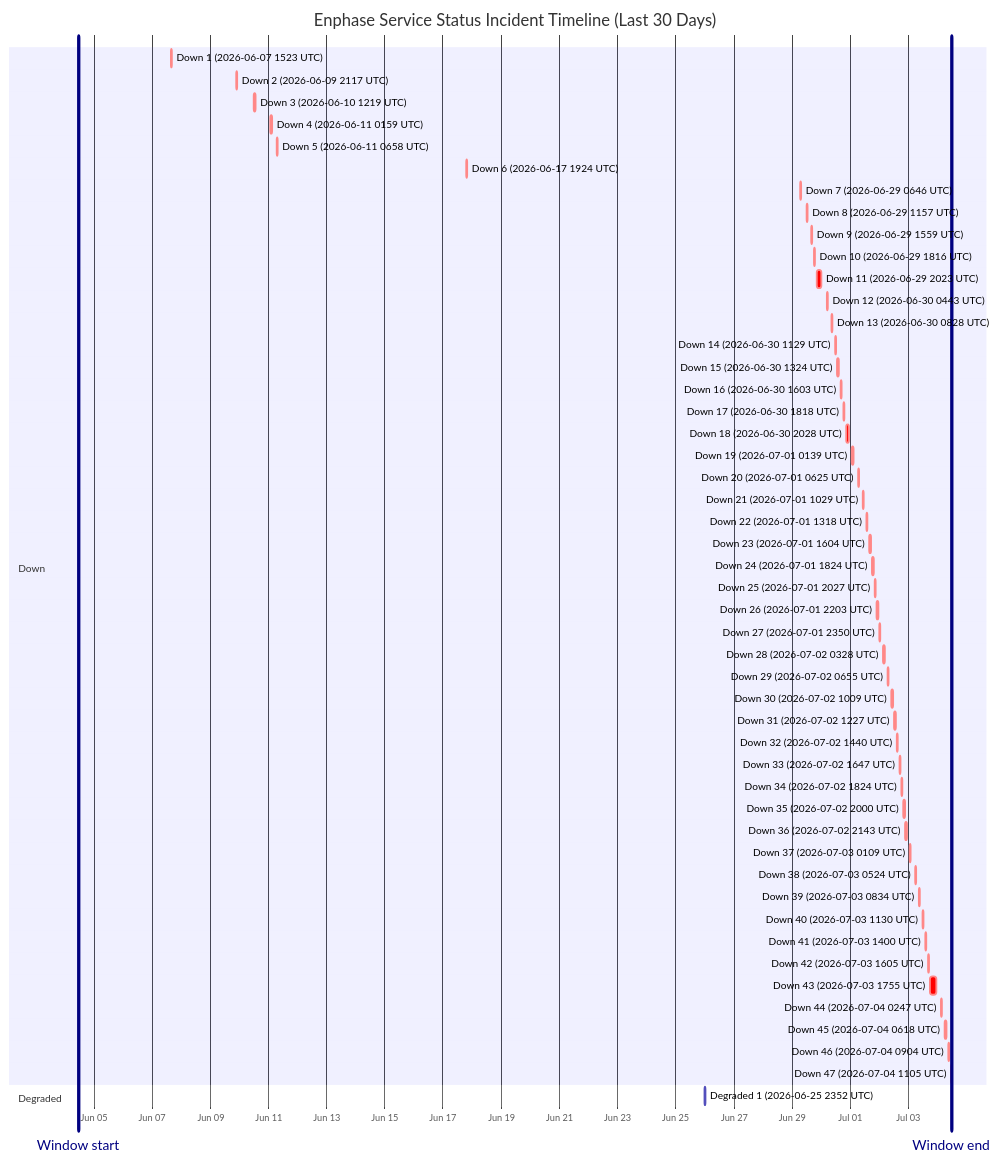
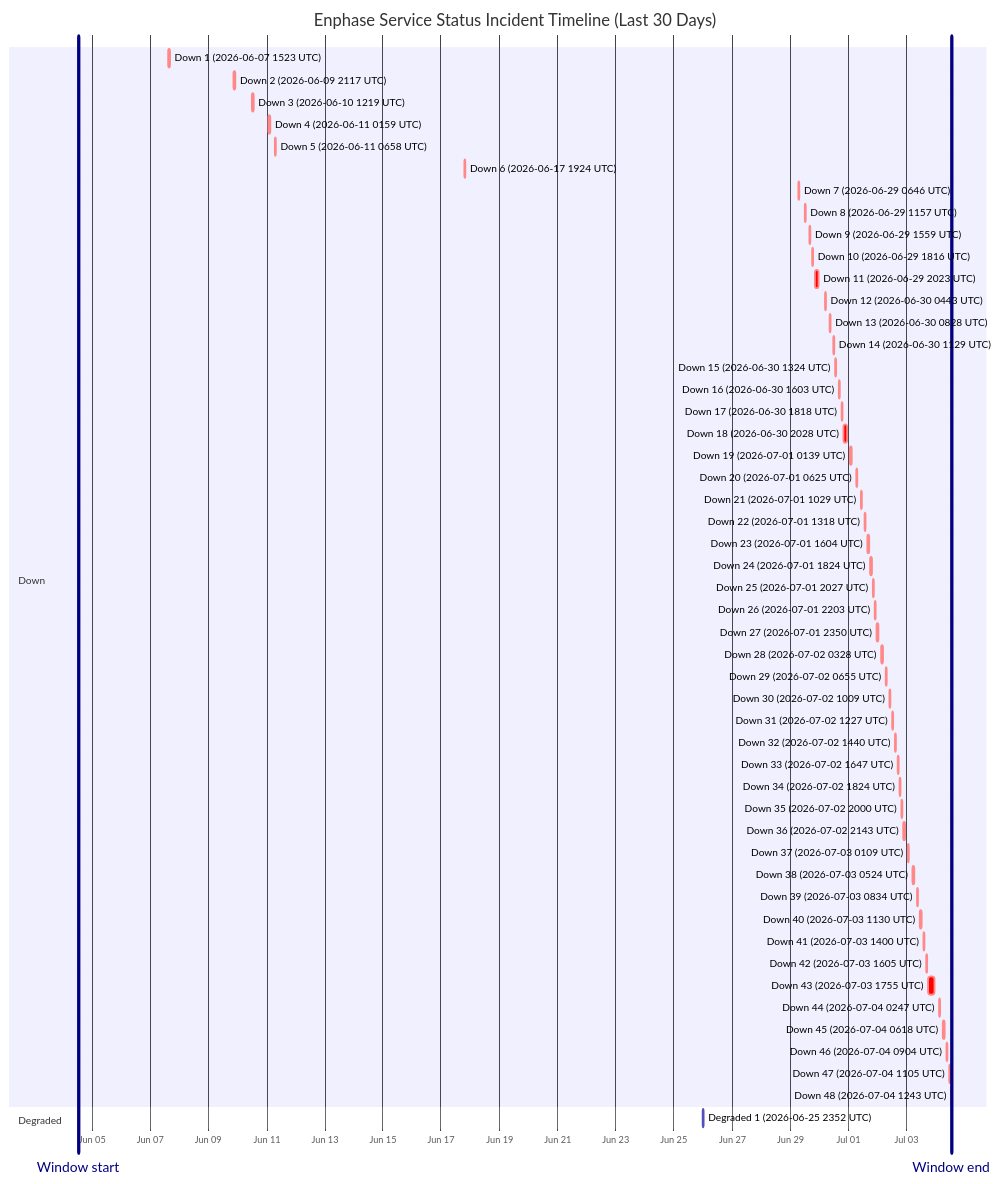
One commit to barneyonline/ha-enphase-energy changed the diagram in wiki/Service-Status-History.md. Above: the diagram before and after it, drawn with Mermaid. The commit also changed other lines of this file and 3 other files, not shown here.

````diff
--- a/wiki/Service-Status-History.md
+++ b/wiki/Service-Status-History.md
@@ -14,58 +14,59 @@
 ```mermaid
 gantt
     title Enphase Service Status Incident Timeline (Last 30 Days)
     dateFormat  YYYY-MM-DDTHH:mm:ss
     axisFormat  %b %d
-    Window start :vert, window-start, 2026-06-04T11:05:21, 0ms
-    Window end :vert, window-end, 2026-07-04T11:05:21, 0ms
+    Window start :vert, window-start, 2026-06-04T12:43:25, 0ms
+    Window end :vert, window-end, 2026-07-04T12:43:25, 0ms
     section Down
     Down 1 (2026-06-07 1523 UTC) :crit, down-1, 2026-06-07T15:23:22, 87m
     Down 2 (2026-06-09 2117 UTC) :crit, down-2, 2026-06-09T21:17:17, 60m
     Down 3 (2026-06-10 1219 UTC) :crit, down-3, 2026-06-10T12:19:21, 60m
     Down 4 (2026-06-11 0159 UTC) :crit, down-4, 2026-06-11T01:59:36, 60m
     Down 5 (2026-06-11 0658 UTC) :crit, down-5, 2026-06-11T06:58:45, 60m
     Down 6 (2026-06-17 1924 UTC) :crit, down-6, 2026-06-17T19:24:51, 60m
     Down 7 (2026-06-29 0646 UTC) :crit, down-7, 2026-06-29T06:46:18, 60m
     Down 8 (2026-06-29 1157 UTC) :crit, down-8, 2026-06-29T11:57:36, 60m
     Down 9 (2026-06-29 1559 UTC) :crit, down-9, 2026-06-29T15:59:02, 60m
     Down 10 (2026-06-29 1816 UTC) :crit, down-10, 2026-06-29T18:16:38, 60m
     Down 11 (2026-06-29 2023 UTC) :crit, down-11, 2026-06-29T20:23:16, 220m
     Down 12 (2026-06-30 0443 UTC) :crit, down-12, 2026-06-30T04:43:54, 60m
     Down 13 (2026-06-30 0828 UTC) :crit, down-13, 2026-06-30T08:28:43, 60m
     Down 14 (2026-06-30 1129 UTC) :crit, down-14, 2026-06-30T11:29:15, 60m
     Down 15 (2026-06-30 1324 UTC) :crit, down-15, 2026-06-30T13:24:25, 60m
     Down 16 (2026-06-30 1603 UTC) :crit, down-16, 2026-06-30T16:03:26, 60m
     Down 17 (2026-06-30 1818 UTC) :crit, down-17, 2026-06-30T18:18:39, 60m
     Down 18 (2026-06-30 2028 UTC) :crit, down-18, 2026-06-30T20:28:54, 171m
     Down 19 (2026-07-01 0139 UTC) :crit, down-19, 2026-07-01T01:39:18, 60m
     Down 20 (2026-07-01 0625 UTC) :crit, down-20, 2026-07-01T06:25:35, 60m
     Down 21 (2026-07-01 1029 UTC) :crit, down-21, 2026-07-01T10:29:24, 60m
     Down 22 (2026-07-01 1318 UTC) :crit, down-22, 2026-07-01T13:18:31, 60m
     Down 23 (2026-07-01 1604 UTC) :crit, down-23, 2026-07-01T16:04:29, 60m
     Down 24 (2026-07-01 1824 UTC) :crit, down-24, 2026-07-01T18:24:21, 60m
     Down 25 (2026-07-01 2027 UTC) :crit, down-25, 2026-07-01T20:27:17, 60m
     Down 26 (2026-07-01 2203 UTC) :crit, down-26, 2026-07-01T22:03:46, 60m
     Down 27 (2026-07-01 2350 UTC) :crit, down-27, 2026-07-01T23:50:52, 60m
     Down 28 (2026-07-02 0328 UTC) :crit, down-28, 2026-07-02T03:28:33, 60m
     Down 29 (2026-07-02 0655 UTC) :crit, down-29, 2026-07-02T06:55:07, 60m
     Down 30 (2026-07-02 1009 UTC) :crit, down-30, 2026-07-02T10:09:15, 60m
     Down 31 (2026-07-02 1227 UTC) :crit, down-31, 2026-07-02T12:27:49, 60m
     Down 32 (2026-07-02 1440 UTC) :crit, down-32, 2026-07-02T14:40:53, 60m
     Down 33 (2026-07-02 1647 UTC) :crit, down-33, 2026-07-02T16:47:47, 60m
     Down 34 (2026-07-02 1824 UTC) :crit, down-34, 2026-07-02T18:24:26, 60m
     Down 35 (2026-07-02 2000 UTC) :crit, down-35, 2026-07-02T20:00:57, 60m
     Down 36 (2026-07-02 2143 UTC) :crit, down-36, 2026-07-02T21:43:52, 80m
     Down 37 (2026-07-03 0109 UTC) :crit, down-37, 2026-07-03T01:09:19, 60m
     Down 38 (2026-07-03 0524 UTC) :crit, down-38, 2026-07-03T05:24:23, 60m
     Down 39 (2026-07-03 0834 UTC) :crit, down-39, 2026-07-03T08:34:05, 60m
     Down 40 (2026-07-03 1130 UTC) :crit, down-40, 2026-07-03T11:30:41, 60m
     Down 41 (2026-07-03 1400 UTC) :crit, down-41, 2026-07-03T14:00:48, 60m
     Down 42 (2026-07-03 1605 UTC) :crit, down-42, 2026-07-03T16:05:49, 60m
     Down 43 (2026-07-03 1755 UTC) :crit, down-43, 2026-07-03T17:55:54, 338m
     Down 44 (2026-07-04 0247 UTC) :crit, down-44, 2026-07-04T02:47:22, 60m
     Down 45 (2026-07-04 0618 UTC) :crit, down-45, 2026-07-04T06:18:09, 60m
     Down 46 (2026-07-04 0904 UTC) :crit, down-46, 2026-07-04T09:04:41, 60m
     Down 47 (2026-07-04 1105 UTC) :crit, down-47, 2026-07-04T11:05:21, 60m
+    Down 48 (2026-07-04 1243 UTC) :crit, down-48, 2026-07-04T12:43:25, 60m
     section Degraded
     Degraded 1 (2026-06-25 2352 UTC) :active, degraded-1, 2026-06-25T23:52:01, 60m
 ```
````
